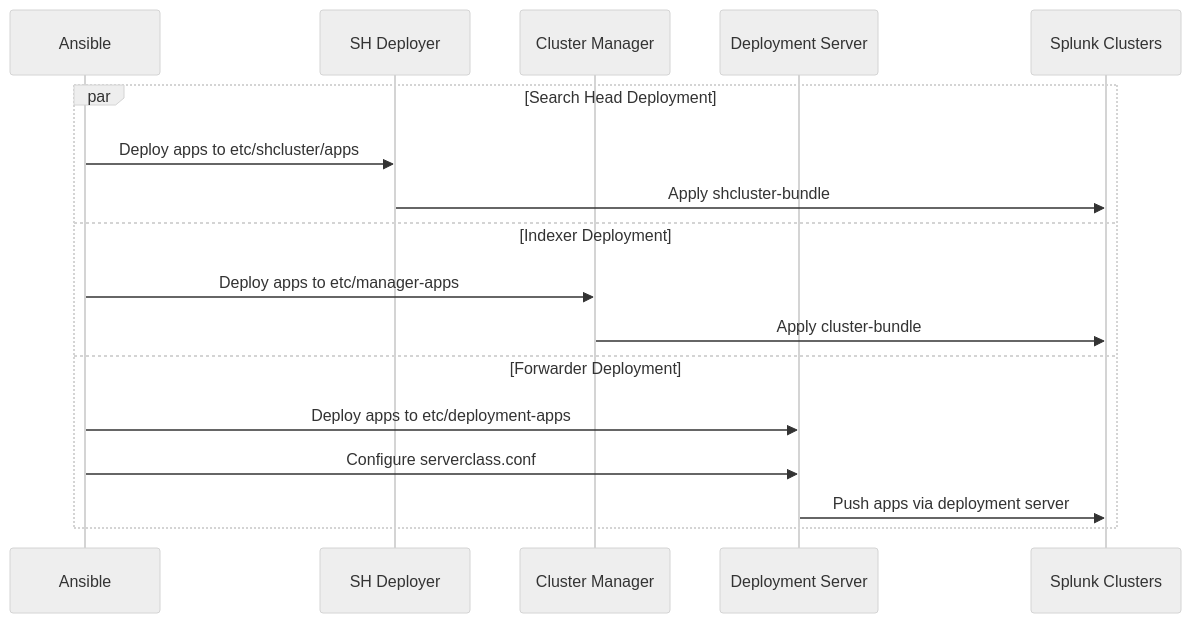
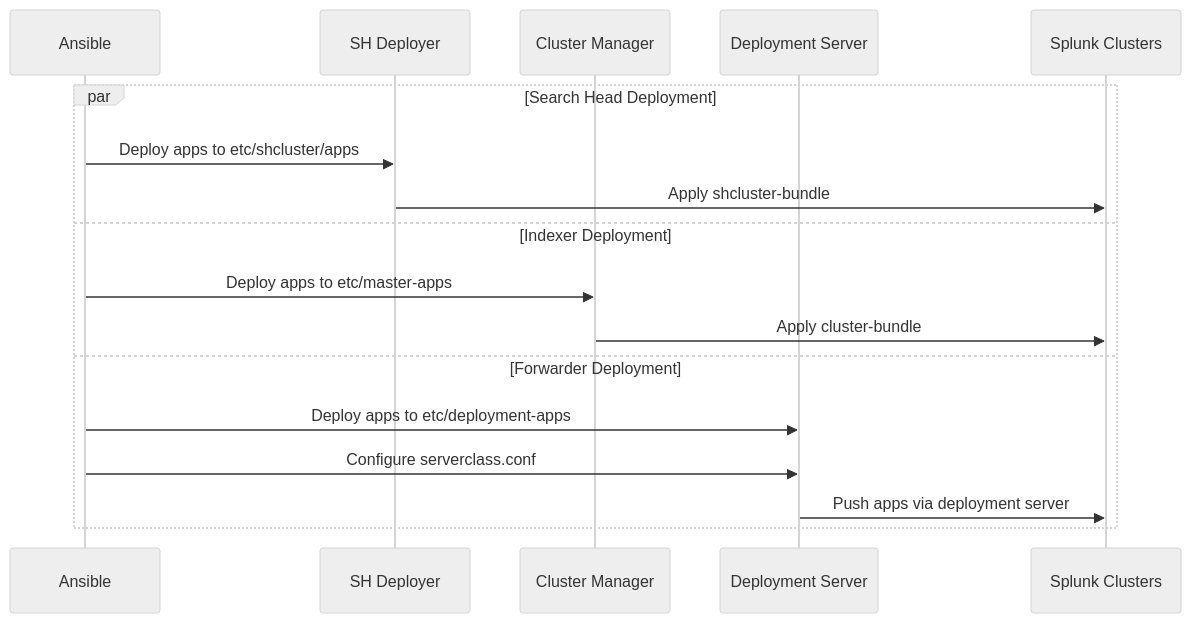
Before and after one commit to gusdebbaja/augment-splunk-ansible: the fourth of 5 diagrams in ARCHITECTURE.md, drawn with Mermaid (neutral theme). The commit also changed other lines of this file and 24 other files, not shown here.

````diff
--- a/ARCHITECTURE.md
+++ b/ARCHITECTURE.md
@@ -188,20 +188,20 @@
 ```mermaid
 sequenceDiagram
     participant A as Ansible
     participant SH as SH Deployer
     participant CM as Cluster Manager
     participant DS as Deployment Server
     participant C as Splunk Clusters
 
     par Search Head Deployment
         A->>SH: Deploy apps to etc/shcluster/apps
         SH->>C: Apply shcluster-bundle
     and Indexer Deployment
-        A->>CM: Deploy apps to etc/manager-apps
+        A->>CM: Deploy apps to etc/master-apps
         CM->>C: Apply cluster-bundle
     and Forwarder Deployment
         A->>DS: Deploy apps to etc/deployment-apps
         A->>DS: Configure serverclass.conf
         DS->>C: Push apps via deployment server
     end
 ```
````
